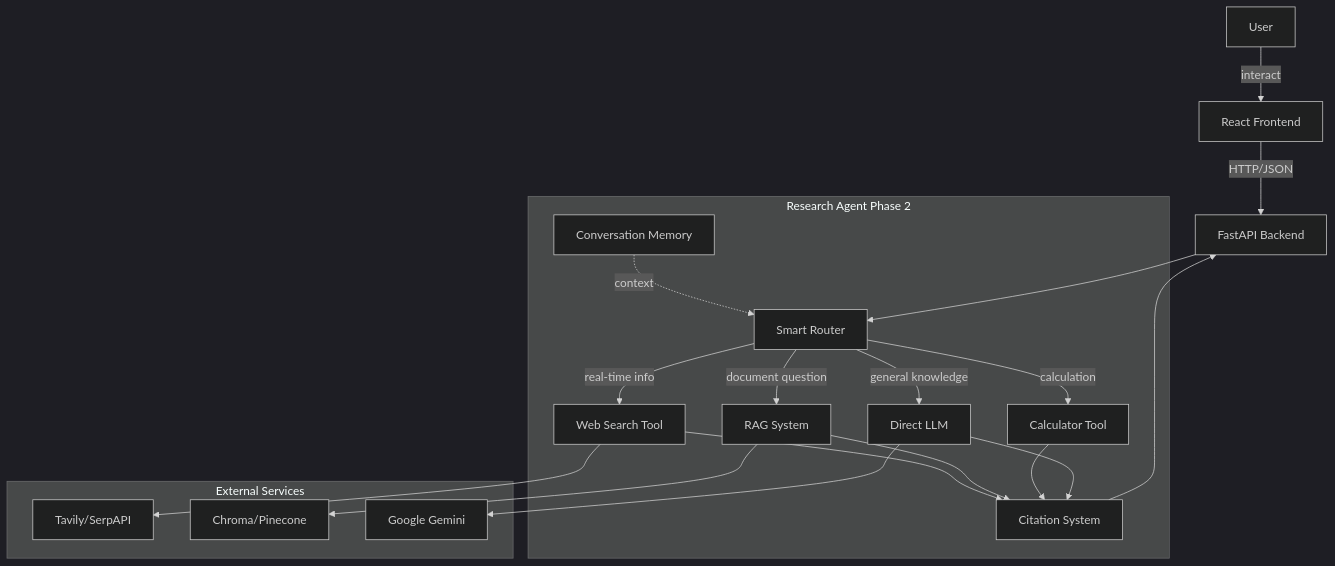
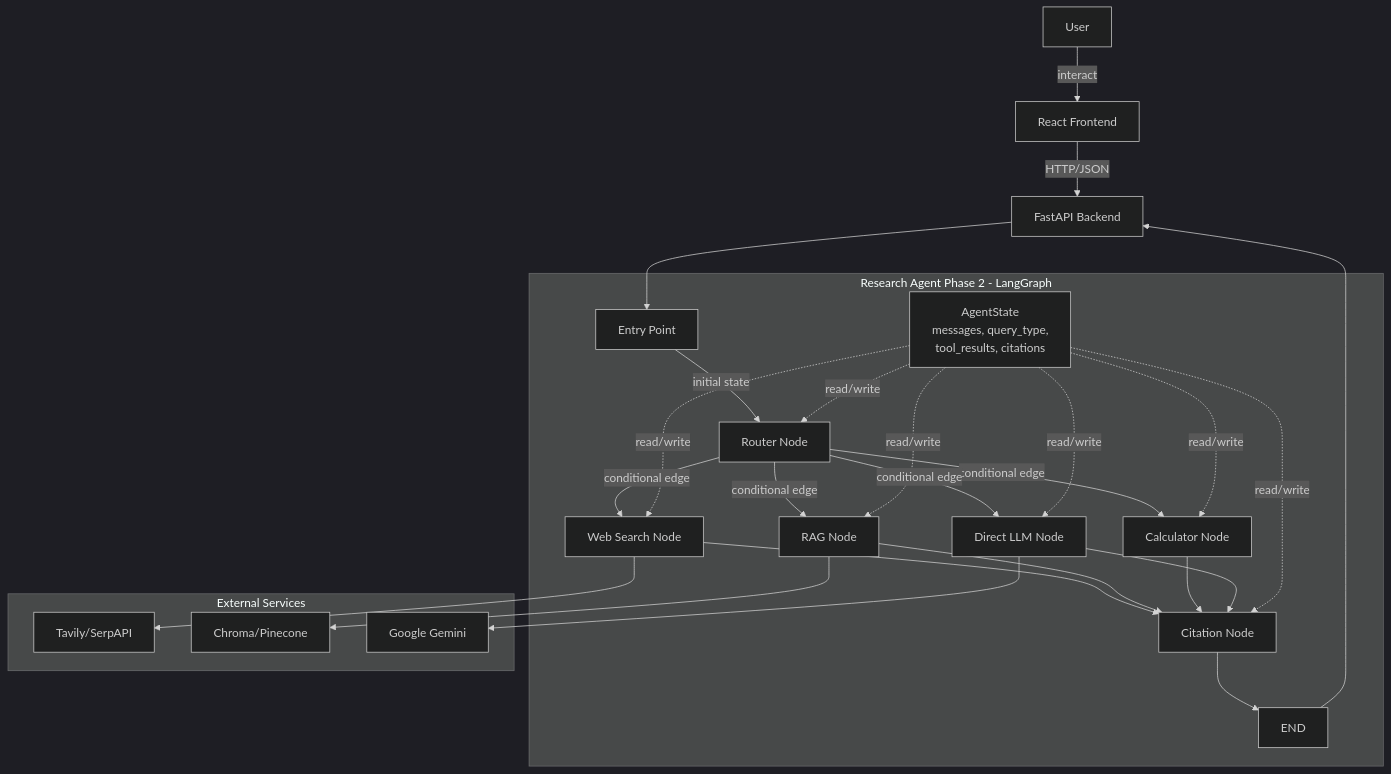
One commit to DTin01603/AI_project changed the first of 3 diagrams in Architecture/plans/research-agent/design.md. Above: the diagram before and after it, drawn with Mermaid (dark theme). The commit also changed other lines of this file and 3 other files, not shown here.

````diff
--- a/Architecture/plans/research-agent/design.md
+++ b/Architecture/plans/research-agent/design.md
@@ -34,44 +66,53 @@
 ```mermaid
 graph TB
     User[User]
     Frontend[React Frontend]
     API[FastAPI Backend]
     
     User -->|interact| Frontend
     Frontend -->|HTTP/JSON| API
     
-    subgraph Phase2["Research Agent Phase 2"]
-        Router[Smart Router]
-        WebSearch[Web Search Tool]
-        RAG[RAG System]
-        Calc[Calculator Tool]
-        LLM[Direct LLM]
-        Memory[Conversation Memory]
-        Citation[Citation System]
+    subgraph Phase2["Research Agent Phase 2 - LangGraph"]
+        Entry[Entry Point]
+        Router[Router Node]
+        WebSearch[Web Search Node]
+        RAG[RAG Node]
+        Calc[Calculator Node]
+        LLM[Direct LLM Node]
+        Citation[Citation Node]
+        End[END]
         
-        Router -->|real-time info| WebSearch
-        Router -->|document question| RAG
-        Router -->|calculation| Calc
-        Router -->|general knowledge| LLM
+        Entry -->|initial state| Router
+        Router -->|conditional edge| WebSearch
+        Router -->|conditional edge| RAG
+        Router -->|conditional edge| Calc
+        Router -->|conditional edge| LLM
         
         WebSearch --> Citation
         RAG --> Citation
         Calc --> Citation
         LLM --> Citation
+        Citation --> End
         
-        Memory -.->|context| Router
+        State[AgentState<br/>messages, query_type,<br/>tool_results, citations]
+        State -.->|read/write| Router
+        State -.->|read/write| WebSearch
+        State -.->|read/write| RAG
+        State -.->|read/write| Calc
+        State -.->|read/write| LLM
+        State -.->|read/write| Citation
     end
     
     subgraph External["External Services"]
         Tavily[Tavily/SerpAPI]
         VectorDB[Chroma/Pinecone]
         Gemini[Google Gemini]
     end
     
     WebSearch --> Tavily
     RAG --> VectorDB
     LLM --> Gemini
     
-    API --> Router
-    Citation --> API
+    API --> Entry
+    End --> API
 ```
````
